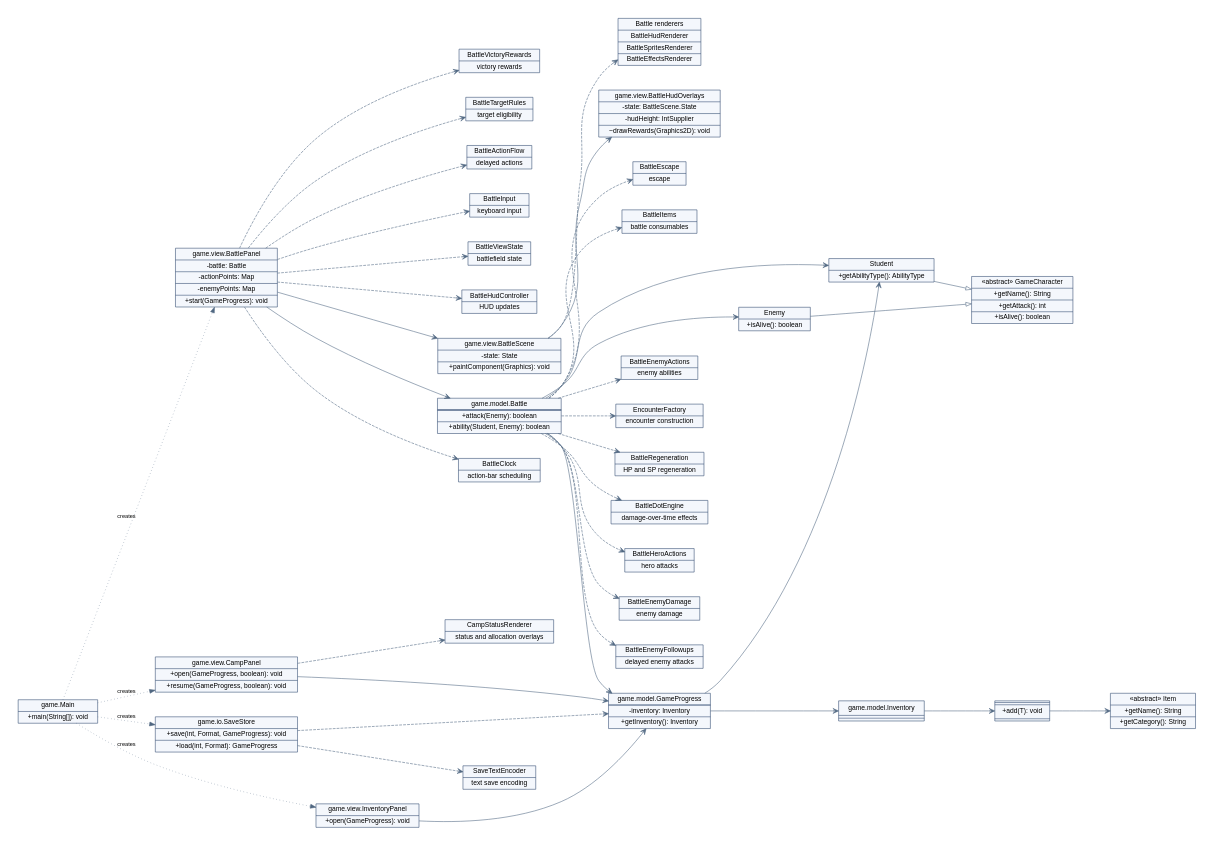
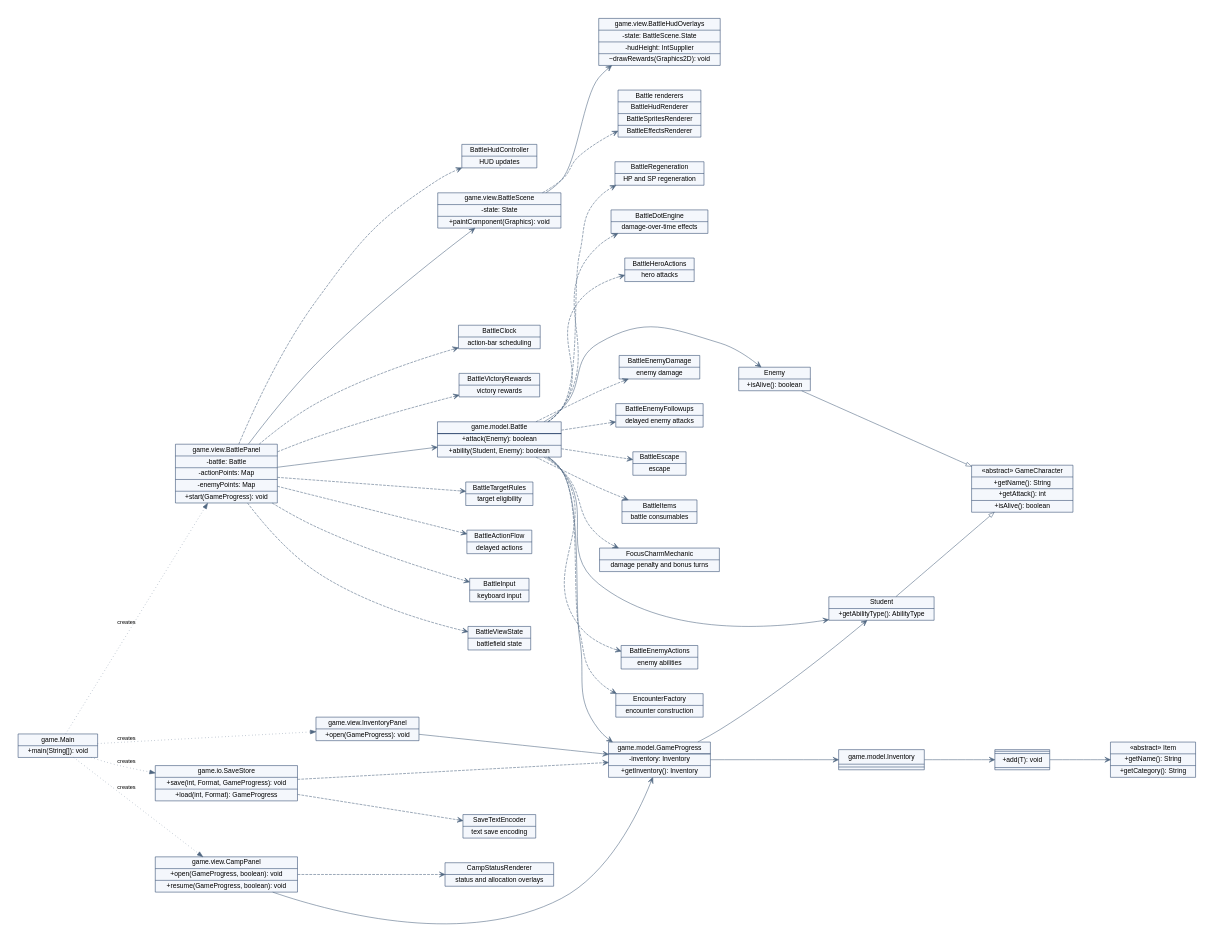
The diagram in docs/uml/overview.dot (munkyboi/capstone-fantasy), drawn with Graphviz before and after one commit. The commit also changed 35 other files, not shown here.

```diff
--- a/docs/uml/overview.dot
+++ b/docs/uml/overview.dot
@@ -1,66 +1,68 @@
 digraph UML {
  graph [rankdir=LR, bgcolor="white", pad=0.35, nodesep=0.6, ranksep=0.9];
  node [shape=record, fontname="Helvetica", fontsize=12, color="#324a70", style=filled, fillcolor="#f4f7fc"];
  edge [fontname="Helvetica", fontsize=10, color="#506781"];
  Main [label="{{game.Main|+main(String[]): void}}"];
  BattlePanel [label="{{game.view.BattlePanel|-battle: Battle|-actionPoints: Map|-enemyPoints: Map|+start(GameProgress): void}}"];
  BattleScene [label="{{game.view.BattleScene|-state: State|+paintComponent(Graphics): void}}"];
  Overlays [label="{{game.view.BattleHudOverlays|-state: BattleScene.State|-hudHeight: IntSupplier|~drawRewards(Graphics2D): void}}"];
  Camp [label="{{game.view.CampPanel|+open(GameProgress, boolean): void|+resume(GameProgress, boolean): void}}"];
  InventoryPanel [label="{{game.view.InventoryPanel|+open(GameProgress): void}}"];
  Battle [label="{{game.model.Battle|-party: List<Student>|-enemies: List<Enemy>|+attack(Enemy): boolean|+ability(Student, Enemy): boolean}}"];
  Progress [label="{{game.model.GameProgress|-party: List<Student>|-inventory: Inventory|+getInventory(): Inventory}}"];
  Inventory [label="{{game.model.Inventory|-items: ItemBag<Item>|+getItems(): List<Item>}}"];
  Bag [label="{{game.model.ItemBag<T extends Item>|-items: List<T>|+add(T): void|+items(): List<T>}}"];
  Character [label="{{«abstract» GameCharacter|+getName(): String|+getAttack(): int|+isAlive(): boolean}}"];
  Student [label="{{Student|+getAbilityType(): AbilityType}}"];
  Enemy [label="{{Enemy|+isAlive(): boolean}}"];
  Item [label="{{«abstract» Item|+getName(): String|+getCategory(): String}}"];
  SaveStore [label="{{game.io.SaveStore|+save(int, Format, GameProgress): void|+load(int, Format): GameProgress}}"];
  EnemyActions [label="{{BattleEnemyActions|enemy abilities}}"];
  EncounterFactory [label="{{EncounterFactory|encounter construction}}"];
  Clock [label="{{BattleClock|action-bar scheduling}}"];
  Renderers [label="{{Battle renderers|BattleHudRenderer|BattleSpritesRenderer|BattleEffectsRenderer}}"];
  CampStatus [label="{{CampStatusRenderer|status and allocation overlays}}"];
  TextEncoder [label="{{SaveTextEncoder|text save encoding}}"];
  Battle -> EnemyActions [style=dashed,arrowhead=vee]; Battle -> EncounterFactory [style=dashed,arrowhead=vee];
  BattlePanel -> Clock [style=dashed,arrowhead=vee]; BattleScene -> Renderers [style=dashed,arrowhead=vee];
  Camp -> CampStatus [style=dashed,arrowhead=vee]; SaveStore -> TextEncoder [style=dashed,arrowhead=vee];
  BattleRegeneration [label="{{BattleRegeneration|HP and SP regeneration}}"];
  VictoryRewards [label="{{BattleVictoryRewards|victory rewards}}"];
  Battle -> BattleRegeneration [style=dashed,arrowhead=vee];
  BattlePanel -> VictoryRewards [style=dashed,arrowhead=vee];
  BattleDotEngine [label="{{BattleDotEngine|damage-over-time effects}}"];
  Battle -> BattleDotEngine [style=dashed,arrowhead=vee];
  BattleTargetRules [label="{{BattleTargetRules|target eligibility}}"];
  BattlePanel -> BattleTargetRules [style=dashed,arrowhead=vee];
  BattleHeroActions [label="{{BattleHeroActions|hero attacks}}"];
  Battle -> BattleHeroActions [style=dashed,arrowhead=vee];
  BattleEnemyDamage [label="{{BattleEnemyDamage|enemy damage}}"];
  Battle -> BattleEnemyDamage [style=dashed,arrowhead=vee];
  BattleEnemyFollowups [label="{{BattleEnemyFollowups|delayed enemy attacks}}"];
  Battle -> BattleEnemyFollowups [style=dashed,arrowhead=vee];
  BattleEscape [label="{{BattleEscape|escape}}"];
  Battle -> BattleEscape [style=dashed,arrowhead=vee];
  BattleItems [label="{{BattleItems|battle consumables}}"];
  Battle -> BattleItems [style=dashed,arrowhead=vee];
  BattleActionFlow [label="{{BattleActionFlow|delayed actions}}"];
  BattlePanel -> BattleActionFlow [style=dashed,arrowhead=vee];
  BattleInput [label="{{BattleInput|keyboard input}}"];
  BattlePanel -> BattleInput [style=dashed,arrowhead=vee];
  BattleViewState [label="{{BattleViewState|battlefield state}}"];
  BattlePanel -> BattleViewState [style=dashed,arrowhead=vee];
  BattleHudController [label="{{BattleHudController|HUD updates}}"];
  BattlePanel -> BattleHudController [style=dashed,arrowhead=vee];
+ FocusCharm [label="{{FocusCharmMechanic|damage penalty and bonus turns}}"] ;
+ Battle -> FocusCharm [style=dashed,arrowhead=vee];
  Main -> BattlePanel [style=dotted,label="creates"];
  Main -> Camp [style=dotted,label="creates"];
  Main -> InventoryPanel [style=dotted,label="creates"];
  Main -> SaveStore [style=dotted,label="creates"];
  BattlePanel -> Battle [arrowhead=vee]; BattlePanel -> BattleScene [arrowhead=vee];
  BattleScene -> Overlays [arrowhead=vee];
  Camp -> Progress [arrowhead=vee]; InventoryPanel -> Progress [arrowhead=vee];
  Battle -> Progress [arrowhead=vee]; Battle -> Student [arrowhead=vee]; Battle -> Enemy [arrowhead=vee];
  Progress -> Inventory [arrowhead=vee]; Progress -> Student [arrowhead=vee]; Inventory -> Bag [arrowhead=vee]; Bag -> Item [arrowhead=vee];
  Student -> Character [arrowhead=empty]; Enemy -> Character [arrowhead=empty];
  SaveStore -> Progress [style=dashed,arrowhead=vee];
 }
```
